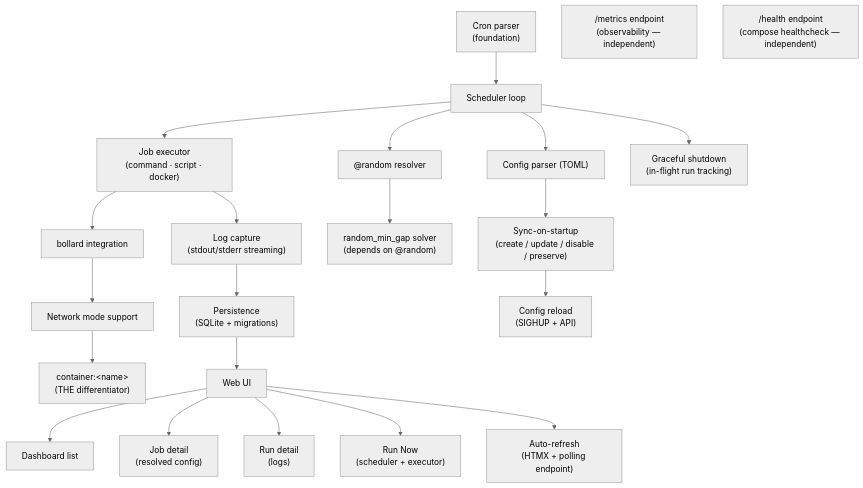
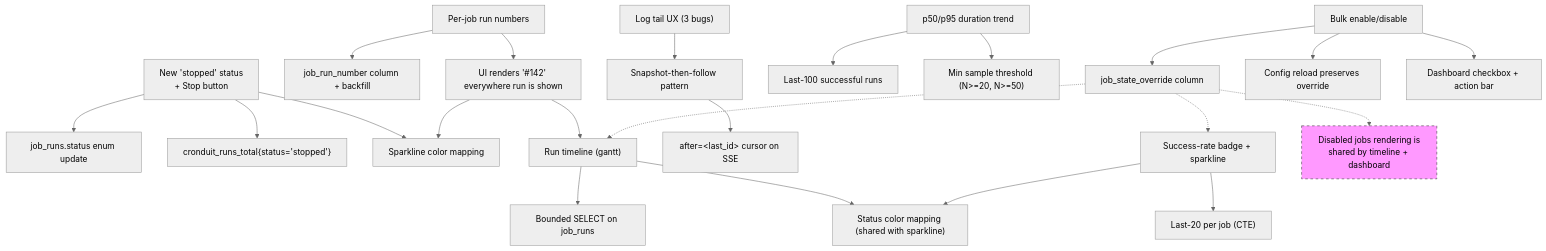
One commit to SimplicityGuy/cronduit changed the diagram in .planning/research/FEATURES.md. Above: the diagram before and after it, drawn with Mermaid (neutral theme). The commit also changed other lines of this file and 13 other files, not shown here.

````diff
--- a/.planning/research/FEATURES.md
+++ b/.planning/research/FEATURES.md
@@ -97,29 +440,34 @@
 ```mermaid
 flowchart TD
-    Cron["Cron parser<br/>(foundation)"] --> Loop["Scheduler loop"]
-    Loop --> Exec["Job executor<br/>(command · script · docker)"]
-    Loop --> Random["@random resolver"]
-    Loop --> Config["Config parser (TOML)"]
-    Loop --> Shutdown["Graceful shutdown<br/>(in-flight run tracking)"]
+    Stopped["New 'stopped' status<br/>+ Stop button"] --> StopSchema["job_runs.status enum update"]
+    Stopped --> StopMetric["cronduit_runs_total{status='stopped'}"]
+    Stopped --> StopSparkline["Sparkline color mapping"]
 
-    Exec --> Bollard["bollard integration"]
-    Bollard --> NetMode["Network mode support"]
-    NetMode --> CtrName["container:&lt;name&gt;<br/>(THE differentiator)"]
-    Exec --> LogCap["Log capture<br/>(stdout/stderr streaming)"]
+    RunNumber["Per-job run numbers"] --> RunNumSchema["job_run_number column + backfill"]
+    RunNumber --> RunNumUI["UI renders '#142' everywhere run is shown"]
+    RunNumUI --> Timeline["Timeline tooltips"]
+    RunNumUI --> StopSparkline
 
-    LogCap --> Persist["Persistence<br/>(SQLite + migrations)"]
-    Persist --> Web["Web UI"]
-    Web --> Dash["Dashboard list"]
-    Web --> JobDet["Job detail<br/>(resolved config)"]
-    Web --> RunDet["Run detail<br/>(logs)"]
-    Web --> RunNow["Run Now<br/>(scheduler + executor)"]
-    Web --> Refresh["Auto-refresh<br/>(HTMX + polling endpoint)"]
+    LogFix["Log tail UX (3 bugs)"] --> LogSnapshot["Snapshot-then-follow pattern"]
+    LogSnapshot --> LogCursor["after=&lt;last_id&gt; cursor on SSE"]
 
-    Random --> MinGap["random_min_gap solver<br/>(depends on @random)"]
+    Timeline["Run timeline (gantt)"] --> TimelineSQL["Bounded SELECT on job_runs"]
+    Timeline --> DesignColors["Status color mapping (shared with sparkline)"]
 
-    Config --> Sync["Sync-on-startup<br/>(create / update / disable / preserve)"]
-    Sync --> Reload["Config reload<br/>(SIGHUP + API)"]
+    Sparkline["Success-rate badge + sparkline"] --> DesignColors
+    Sparkline --> SparklineSQL["Last-20 per job (CTE)"]
 
-    Metrics["/metrics endpoint<br/>(observability — independent)"]
-    Health["/health endpoint<br/>(compose healthcheck — independent)"]
+    PercentileTrend["p50/p95 duration trend"] --> PercentileSQL["Last-100 successful runs"]
+    PercentileTrend --> PercentileMin["Min sample threshold (N&gt;=20, N&gt;=50)"]
+
+    Bulk["Bulk enable/disable"] --> BulkSchema["job_state_override column"]
+    Bulk --> BulkSync["Config reload preserves override"]
+    Bulk --> BulkUI["Dashboard checkbox + action bar"]
+
+    BulkSchema -.-> Timeline
+    BulkSchema -.-> Sparkline
+    note1["Disabled jobs rendering is<br/>shared by timeline + dashboard"]:::note
+    BulkSchema -.-> note1
+
+    classDef note fill:#f9f,stroke:#333,stroke-dasharray: 5 5
 ```
````
